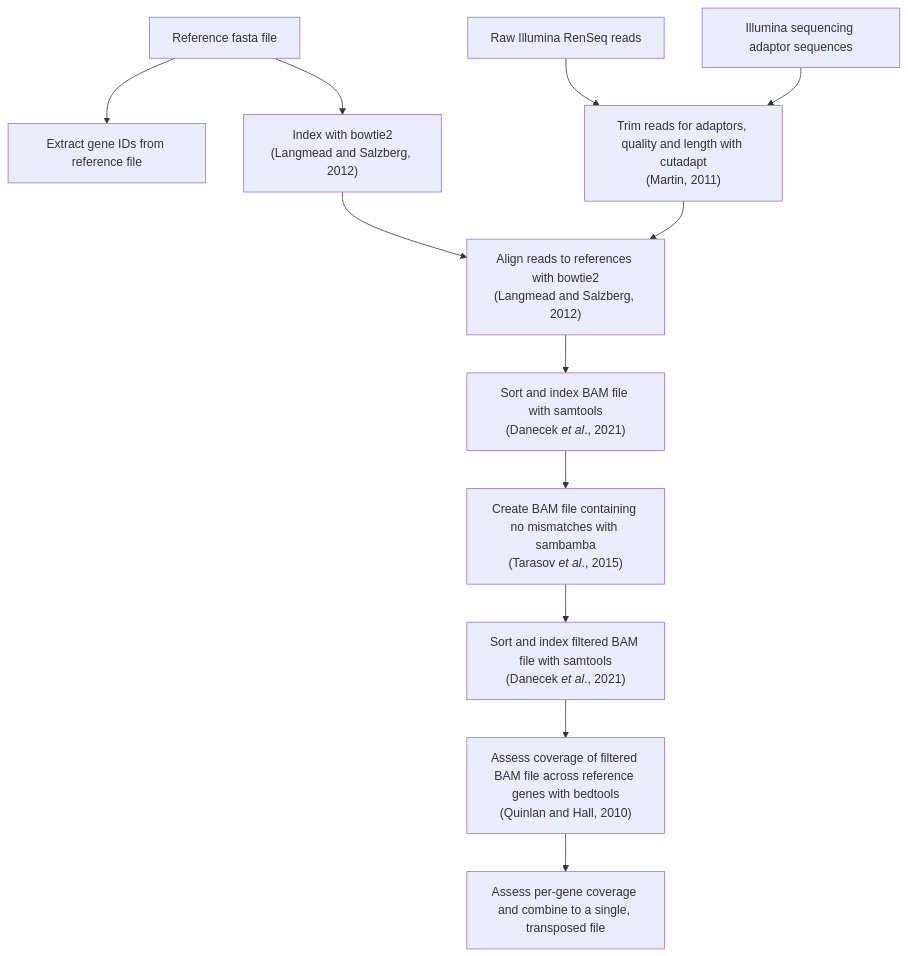
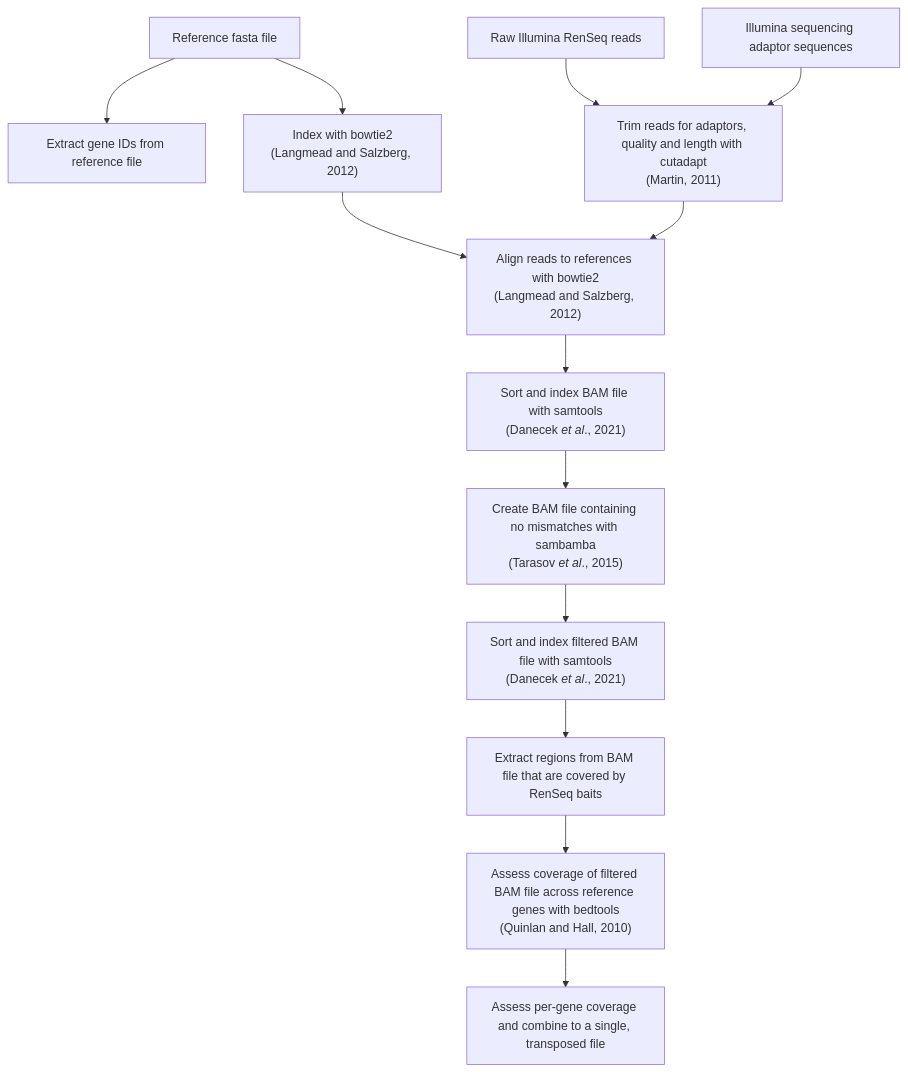
The diagram in drenseq/README.md (SwiftSeal/HISS), drawn with Mermaid before and after one commit.

Commit message:
Modifies flow chart to include bait mapping

````diff
--- a/drenseq/README.md
+++ b/drenseq/README.md
@@ -78,26 +78,28 @@
 ```mermaid
 graph TD
 Box1["Reference fasta file"]
 Box2["Extract gene IDs from reference file"]
 Box1-->Box2
 Box3["Raw Illumina RenSeq reads"]
 Box4["Illumina sequencing adaptor sequences"]
 Box5["Trim reads for adaptors, quality and length with cutadapt<br />(Martin, 2011)"]
 Box3-->Box5
 Box4-->Box5
 Box6["Index with bowtie2<br />(Langmead and Salzberg, 2012)"]
 Box1-->Box6
 Box7["Align reads to references with bowtie2<br />(Langmead and Salzberg, 2012)"]
 Box6-->Box7
 Box5-->Box7
 Box8["Sort and index BAM file with samtools<br />(Danecek <i>et al</i>., 2021)"]
 Box7-->Box8
 Box9["Create BAM file containing no mismatches with sambamba<br />(Tarasov <i>et al</i>., 2015)"]
 Box8-->Box9
 Box10["Sort and index filtered BAM file with samtools<br />(Danecek <i>et al</i>., 2021)"]
 Box9-->Box10
-Box11["Assess coverage of filtered BAM file across reference genes with bedtools<br />(Quinlan and Hall, 2010)"]
+Box11["Extract regions from BAM file that are covered by RenSeq baits"]
 Box10-->Box11
-Box12["Assess per-gene coverage and combine to a single, transposed file"]
+Box12["Assess coverage of filtered BAM file across reference genes with bedtools<br />(Quinlan and Hall, 2010)"]
 Box11-->Box12
+Box13["Assess per-gene coverage and combine to a single, transposed file"]
+Box12-->Box13
 ```
````
